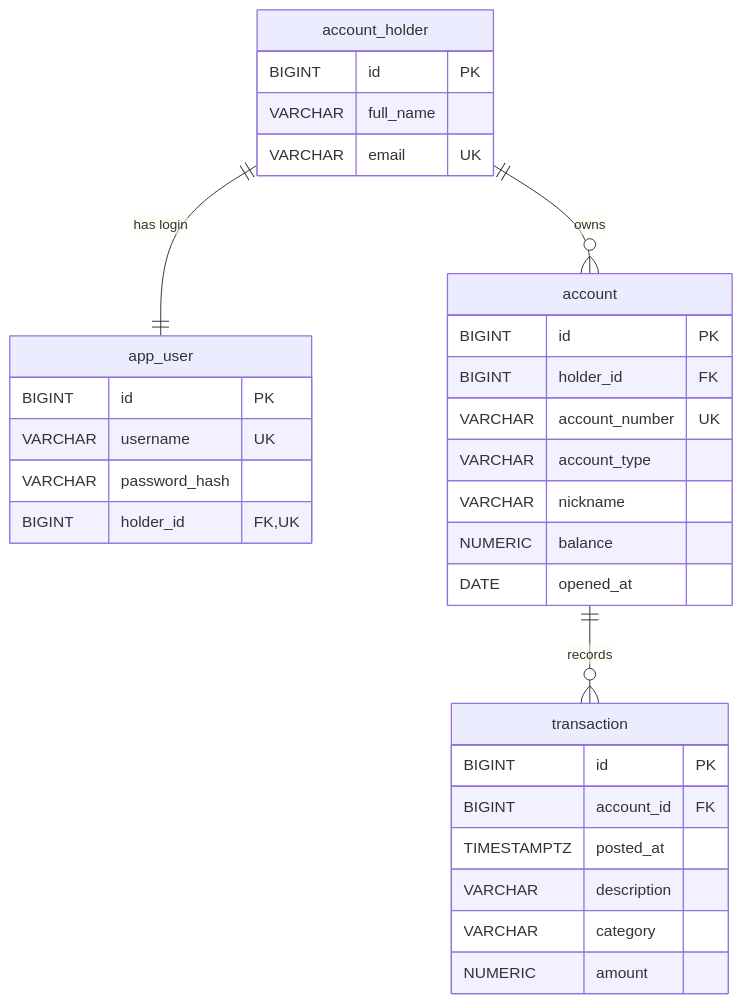
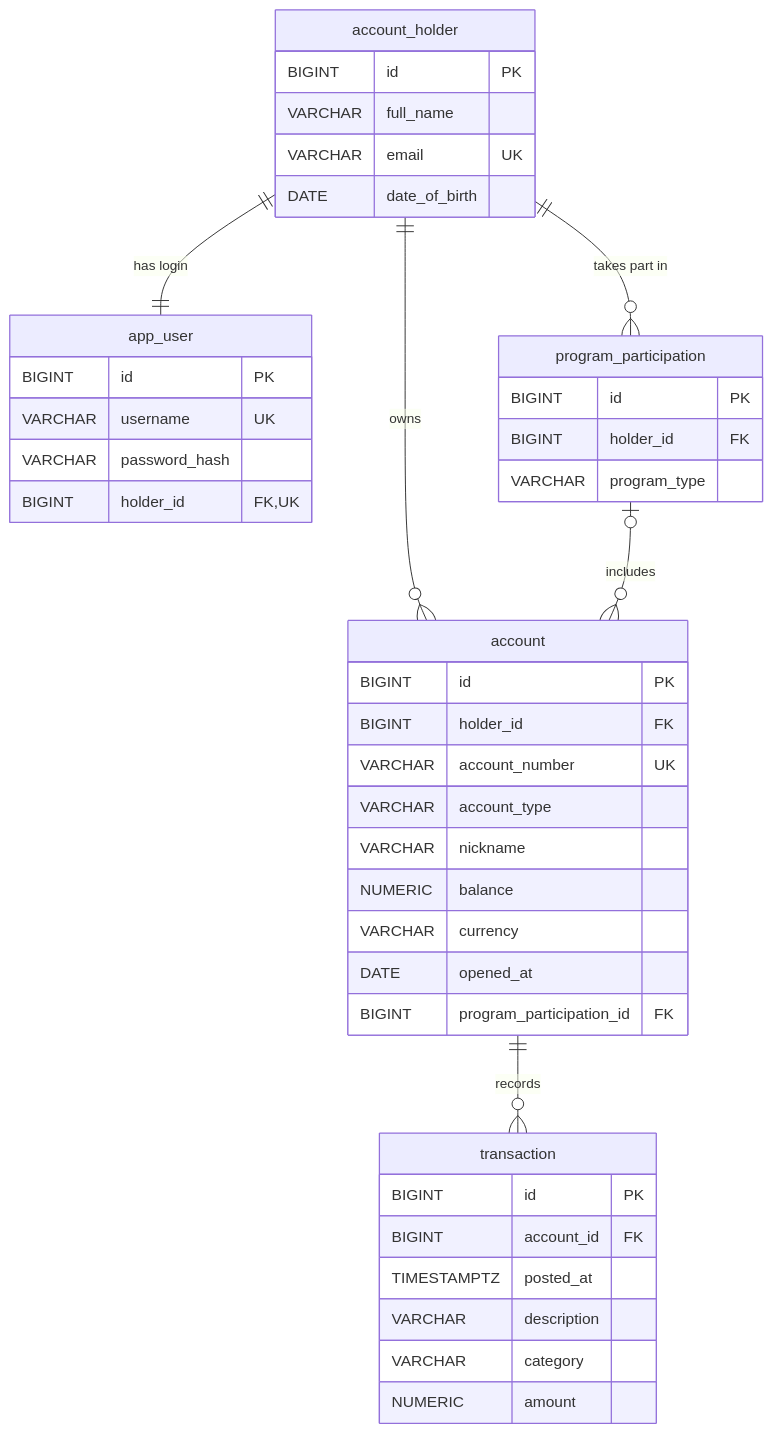
The diagram in droid-wiki/reference/data-models.md (factory-aj-pahl/mockingbird-bank), drawn with Mermaid before and after one commit. The commit also changed other lines of this file and 78 other files, not shown here.

````diff
--- a/droid-wiki/reference/data-models.md
+++ b/droid-wiki/reference/data-models.md
@@ -7,34 +7,44 @@
 ```mermaid
 erDiagram
     account_holder ||--|| app_user : "has login"
     account_holder ||--o{ account : owns
     account ||--o{ transaction : records
+    account_holder ||--o{ program_participation : "takes part in"
+    program_participation |o--o{ account : includes
     account_holder {
         BIGINT id PK
         VARCHAR full_name
         VARCHAR email UK
+        DATE date_of_birth
     }
     app_user {
         BIGINT id PK
         VARCHAR username UK
         VARCHAR password_hash
         BIGINT holder_id FK,UK
     }
     account {
         BIGINT id PK
         BIGINT holder_id FK
         VARCHAR account_number UK
         VARCHAR account_type
         VARCHAR nickname
         NUMERIC balance
+        VARCHAR currency
         DATE opened_at
+        BIGINT program_participation_id FK
+    }
+    program_participation {
+        BIGINT id PK
+        BIGINT holder_id FK
+        VARCHAR program_type
     }
     transaction {
         BIGINT id PK
         BIGINT account_id FK
         TIMESTAMPTZ posted_at
         VARCHAR description
         VARCHAR category
         NUMERIC amount
     }
 ```
````
